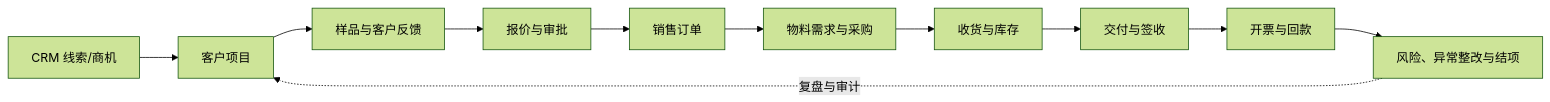
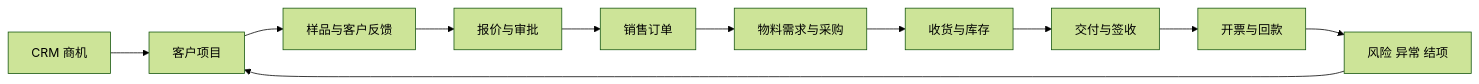
One commit to JBX123159/autoflow-360 changed the diagram in README.md. Above: the diagram before and after it, drawn with Mermaid (forest theme). The commit also changed other lines of this file and 183 other files, not shown here.

````diff
--- a/README.md
+++ b/README.md
@@ -11,13 +11,13 @@
 ```mermaid
 flowchart LR
-    A["CRM 线索/商机"] --> B["客户项目"]
-    B --> C["样品与客户反馈"]
-    C --> D["报价与审批"]
-    D --> E["销售订单"]
-    E --> F["物料需求与采购"]
-    F --> G["收货与库存"]
-    G --> H["交付与签收"]
-    H --> I["开票与回款"]
-    I --> J["风险、异常整改与结项"]
-    J -. "复盘与审计" .-> B
+  A["CRM 商机"] --> B["客户项目"]
+  B --> C["样品与客户反馈"]
+  C --> D["报价与审批"]
+  D --> E["销售订单"]
+  E --> F["物料需求与采购"]
+  F --> G["收货与库存"]
+  G --> H["交付与签收"]
+  H --> I["开票与回款"]
+  I --> J["风险 异常 结项"]
+  J --> B
 ```
````
